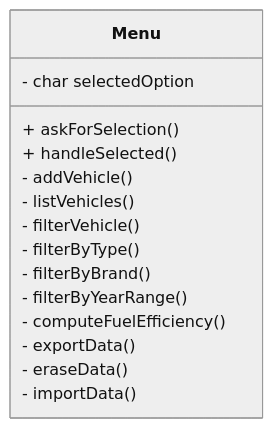
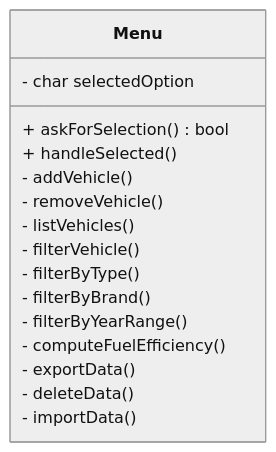
One commit to asamaranch78/swatcplusplus25Q4 changed the third of 7 diagrams in FinalProject/Readme.md. Above: the diagram before and after it, drawn with Mermaid (neutral theme). The commit also changed other lines of this file and 5 other files, not shown here.

````diff
--- a/FinalProject/Readme.md
+++ b/FinalProject/Readme.md
@@ -129,19 +129,20 @@
 ```mermaid
 classDiagram
 class Menu {
 	- char selectedOption
-	+ askForSelection ()
+	+ askForSelection () bool
 	+ handleSelected ()
 	- addVehicle()
+    - removeVehicle()
 	- listVehicles()
 	- filterVehicle()
 	- filterByType() 
 	- filterByBrand()
 	- filterByYearRange()
 	- computeFuelEfficiency()
 	- exportData()
-	- eraseData() 
+	- deleteData() 
 	- importData()
 	
 }
 ```
````
